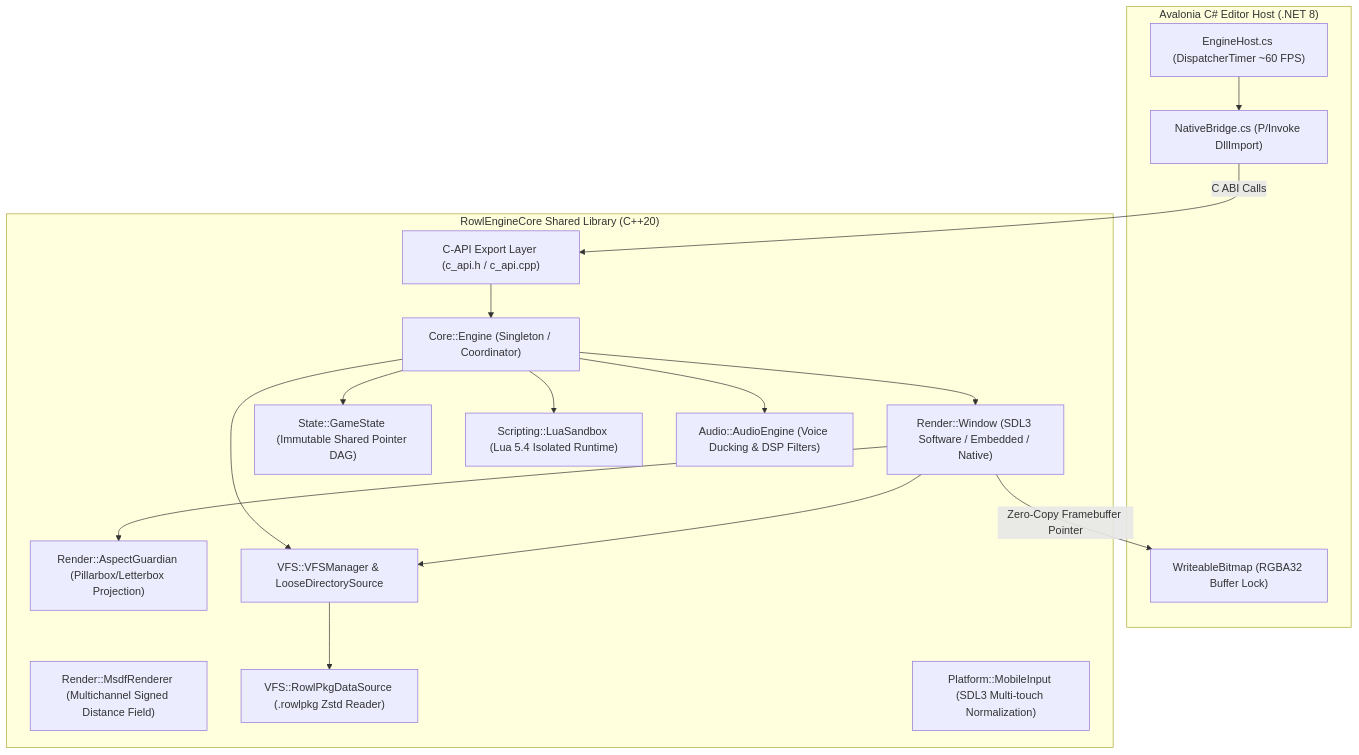
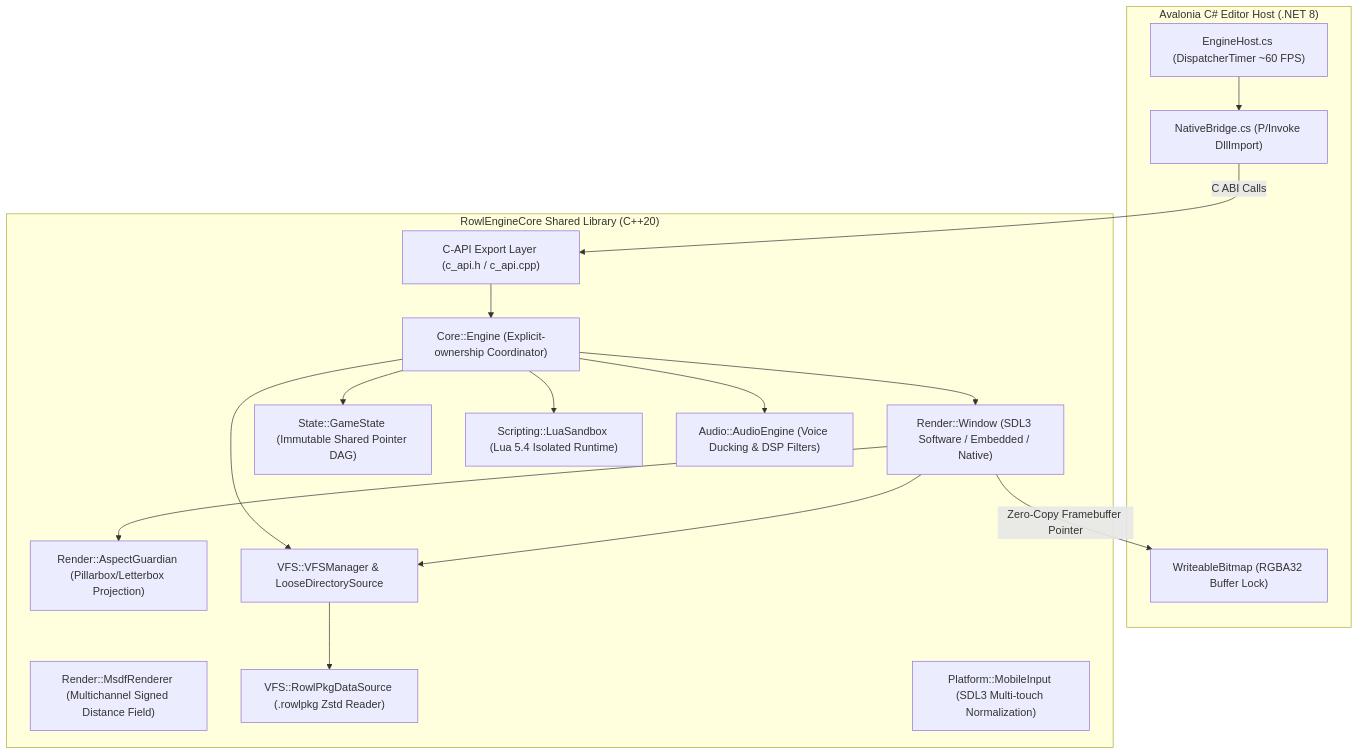
The first of 3 diagrams in ROWL_ENGINE_COMPLETE_SPECIFICATION.md (omerseyfettinozd/Rowl-Engine), drawn with Mermaid before and after one commit. The commit also changed other lines of this file, not shown here.

````diff
--- a/ROWL_ENGINE_COMPLETE_SPECIFICATION.md
+++ b/ROWL_ENGINE_COMPLETE_SPECIFICATION.md
@@ -79,35 +79,35 @@
 ```mermaid
 graph TD
     subgraph Host ["Avalonia C# Editor Host (.NET 8)"]
         EH["EngineHost.cs (DispatcherTimer ~60 FPS)"]
         NB["NativeBridge.cs (P/Invoke DllImport)"]
         WB["WriteableBitmap (RGBA32 Buffer Lock)"]
     end
 
     subgraph NativeCore ["RowlEngineCore Shared Library (C++20)"]
         CAPI["C-API Export Layer (c_api.h / c_api.cpp)"]
-        ENG["Core::Engine (Singleton / Coordinator)"]
+        ENG["Core::Engine (Explicit-ownership Coordinator)"]
         WIN["Render::Window (SDL3 Software / Embedded / Native)"]
         AG["Render::AspectGuardian (Pillarbox/Letterbox Projection)"]
         MSDF["Render::MsdfRenderer (Multichannel Signed Distance Field)"]
         VFS["VFS::VFSManager & LooseDirectorySource"]
         PKG["VFS::RowlPkgDataSource (.rowlpkg Zstd Reader)"]
         STATE["State::GameState (Immutable Shared Pointer DAG)"]
         LUA["Scripting::LuaSandbox (Lua 5.4 Isolated Runtime)"]
         AUD["Audio::AudioEngine (Voice Ducking & DSP Filters)"]
         MOBI["Platform::MobileInput (SDL3 Multi-touch Normalization)"]
     end
 
     EH --> NB
     NB -->|C ABI Calls| CAPI
     CAPI --> ENG
     ENG --> WIN
     ENG --> VFS
     ENG --> STATE
     ENG --> LUA
     ENG --> AUD
     WIN --> AG
     WIN --> VFS
     VFS --> PKG
     WIN -->|Zero-Copy Framebuffer Pointer| WB
 ```
````
